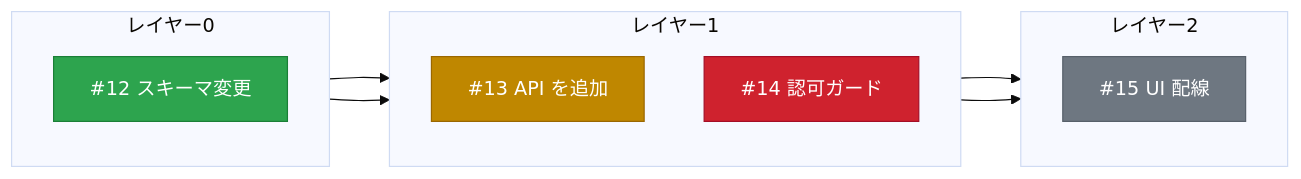
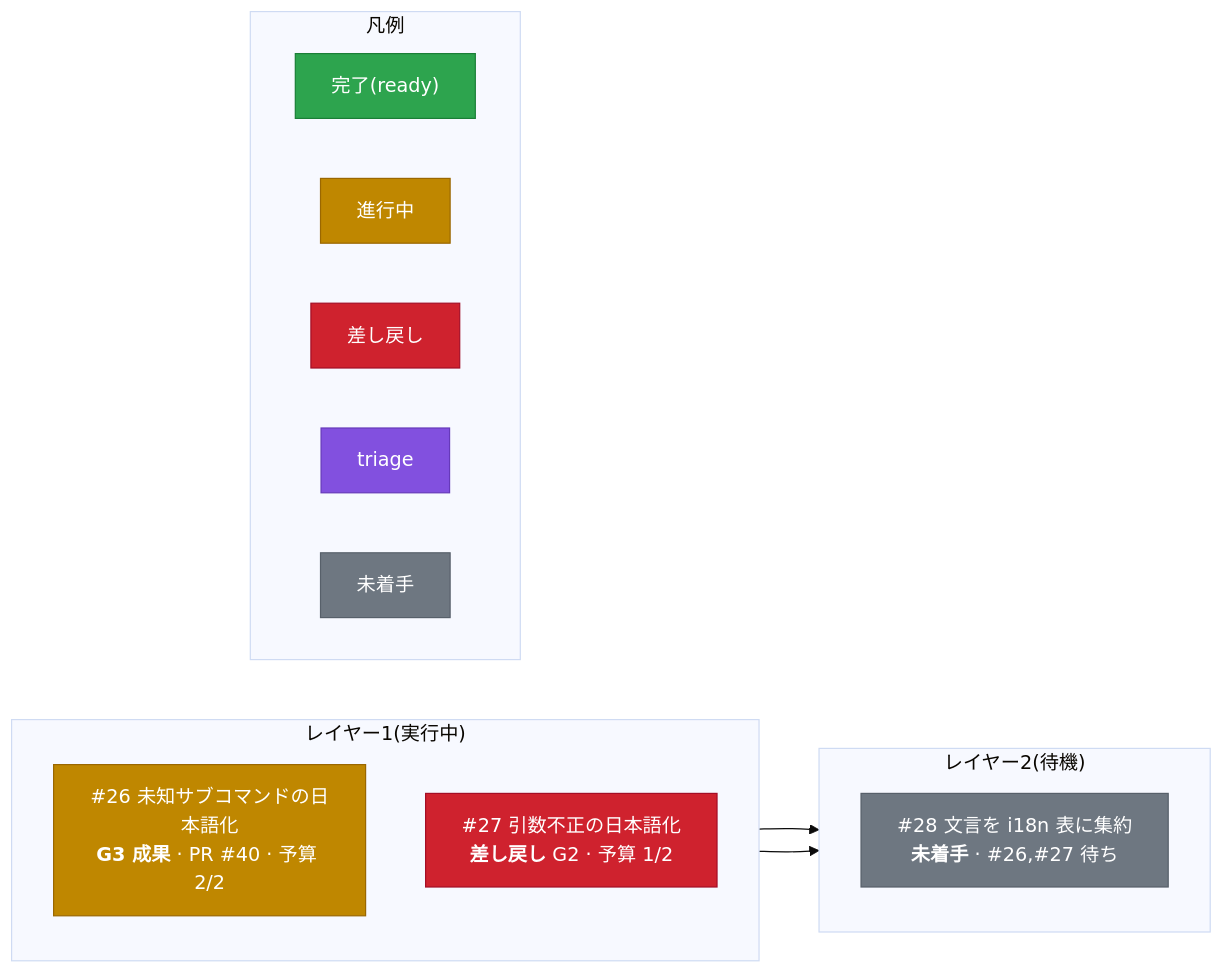
One commit to reonyanarticle/tasuki changed the first of 3 diagrams in skills/plan-diagram/SKILL.md. Above: the diagram before and after it, drawn with Mermaid (base theme). The commit also changed other lines of this file and 2 other files, not shown here.

First line of the commit message:
feat: 計画図を情報量のある俯瞰ビューに刷新

````diff
--- a/skills/plan-diagram/SKILL.md
+++ b/skills/plan-diagram/SKILL.md
@@ -64,27 +64,29 @@
 ```mermaid
 flowchart LR
     classDef done       fill:#2da44e,stroke:#1a7f37,color:#fff
     classDef inprogress fill:#bf8700,stroke:#9a6700,color:#fff
     classDef returned   fill:#cf222e,stroke:#a40e26,color:#fff
     classDef triage     fill:#8250df,stroke:#6639ba,color:#fff
     classDef pending    fill:#6e7781,stroke:#57606a,color:#fff
 
-    subgraph L0["レイヤー0"]
+    subgraph L1["レイヤー1(実行中)"]
         direction TB
-        I12["#12 スキーマ変更"]:::done
+        I26["#26 未知サブコマンドの日本語化<br/><b>G3 成果</b> · PR #40 · 予算 2/2"]:::inprogress
+        I27["#27 引数不正の日本語化<br/><b>差し戻し</b> G2 · 予算 1/2"]:::returned
     end
-    subgraph L1["レイヤー1"]
+    subgraph L2["レイヤー2(待機)"]
         direction TB
-        I13["#13 API を追加"]:::inprogress
-        I14["#14 認可ガード"]:::returned
+        I28["#28 文言を i18n 表に集約<br/><b>未着手</b> · #26,#27 待ち"]:::pending
     end
-    subgraph L2["レイヤー2"]
-        direction TB
-        I15["#15 UI 配線"]:::pending
+    I26 --> I28
+    I27 --> I28
+
+    subgraph LG["凡例"]
+        direction LR
+        Ld["完了(ready)"]:::done
+        Li["進行中"]:::inprogress
+        Lr["差し戻し"]:::returned
+        Lt["triage"]:::triage
+        Lp["未着手"]:::pending
     end
-
-    I12 --> I13
-    I12 --> I14
-    I13 --> I15
-    I14 --> I15
 ```
````
